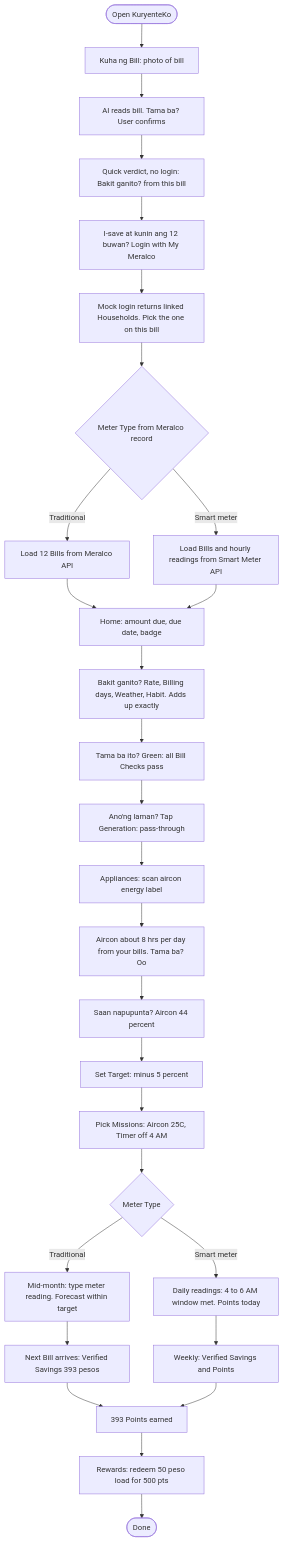
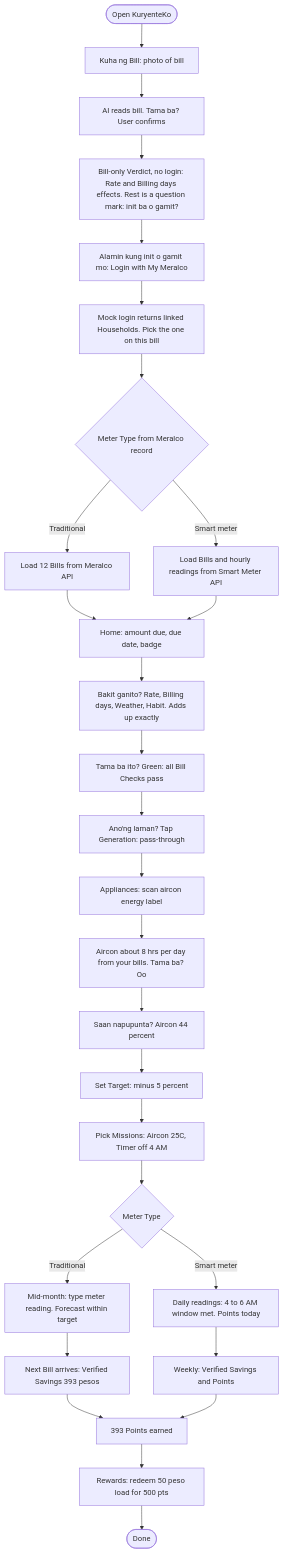
The first of 2 diagrams in docs/challenge-2/KuryenteKo.md (mrmeralco/TeamLarpitOut), drawn with Mermaid before and after one commit. The commit also changed other lines of this file and 4 other files, not shown here.

````diff
--- a/docs/challenge-2/KuryenteKo.md
+++ b/docs/challenge-2/KuryenteKo.md
@@ -151,30 +154,30 @@
 ```mermaid
 flowchart TD
     A([Open KuryenteKo]) --> B["Kuha ng Bill: photo of bill"]
     B --> C["AI reads bill. Tama ba? User confirms"]
-    C --> D["Quick verdict, no login: Bakit ganito? from this bill"]
-    D --> E["I-save at kunin ang 12 buwan? Login with My Meralco"]
+    C --> D["Bill-only Verdict, no login: Rate and Billing days effects. Rest is a question mark: init ba o gamit?"]
+    D --> E["Alamin kung init o gamit mo: Login with My Meralco"]
     E --> E2["Mock login returns linked Households. Pick the one on this bill"]
     E2 --> F{"Meter Type from Meralco record"}
     F -->|Traditional| G["Load 12 Bills from Meralco API"]
     F -->|Smart meter| H["Load Bills and hourly readings from Smart Meter API"]
     G --> I["Home: amount due, due date, badge"]
     H --> I
     I --> J["Bakit ganito? Rate, Billing days, Weather, Habit. Adds up exactly"]
     J --> K["Tama ba ito? Green: all Bill Checks pass"]
     K --> L["Ano'ng laman? Tap Generation: pass-through"]
     L --> M["Appliances: scan aircon energy label"]
     M --> N["Aircon about 8 hrs per day from your bills. Tama ba? Oo"]
     N --> O["Saan napupunta? Aircon 44 percent"]
     O --> P["Set Target: minus 5 percent"]
     P --> Q["Pick Missions: Aircon 25C, Timer off 4 AM"]
     Q --> R{"Meter Type"}
     R -->|Traditional| S["Mid-month: type meter reading. Forecast within target"]
     R -->|Smart meter| T["Daily readings: 4 to 6 AM window met. Points today"]
     S --> U["Next Bill arrives: Verified Savings 393 pesos"]
     T --> V["Weekly: Verified Savings and Points"]
     U --> W["393 Points earned"]
     V --> W
     W --> X["Rewards: redeem 50 peso load for 500 pts"]
     X --> Y([Done])
 ```
````
